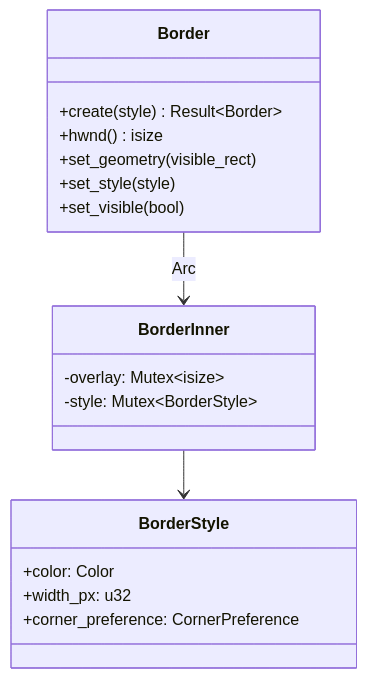
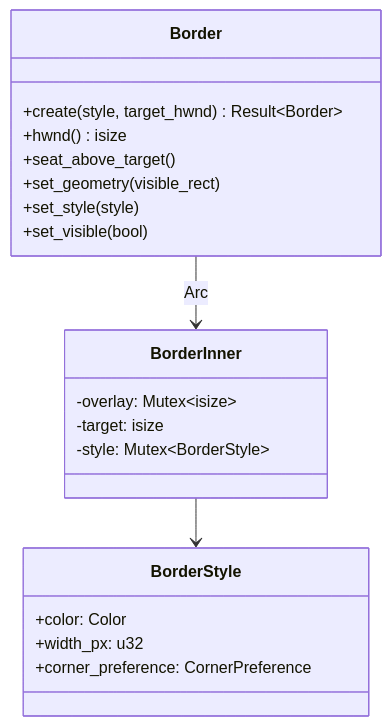
The third of 3 diagrams in docs/src/dev-guide/borders.md (CCpcalvin/flow-wm), drawn with Mermaid before and after one commit. The commit also changed other lines of this file and 5 other files, not shown here.

````diff
--- a/docs/src/dev-guide/borders.md
+++ b/docs/src/dev-guide/borders.md
@@ -200,21 +237,23 @@
 ```mermaid
 classDiagram
     class Border {
-        +create(style) Result~Border~
+        +create(style, target_hwnd) Result~Border~
         +hwnd() isize
+        +seat_above_target()
         +set_geometry(visible_rect)
         +set_style(style)
         +set_visible(bool)
     }
     class BorderInner {
         -overlay: Mutex~isize~
+        -target: isize
         -style: Mutex~BorderStyle~
     }
     class BorderStyle {
         +color: Color
         +width_px: u32
         +corner_preference: CornerPreference
     }
     Border --> BorderInner : Arc
     BorderInner --> BorderStyle
 ```
````
